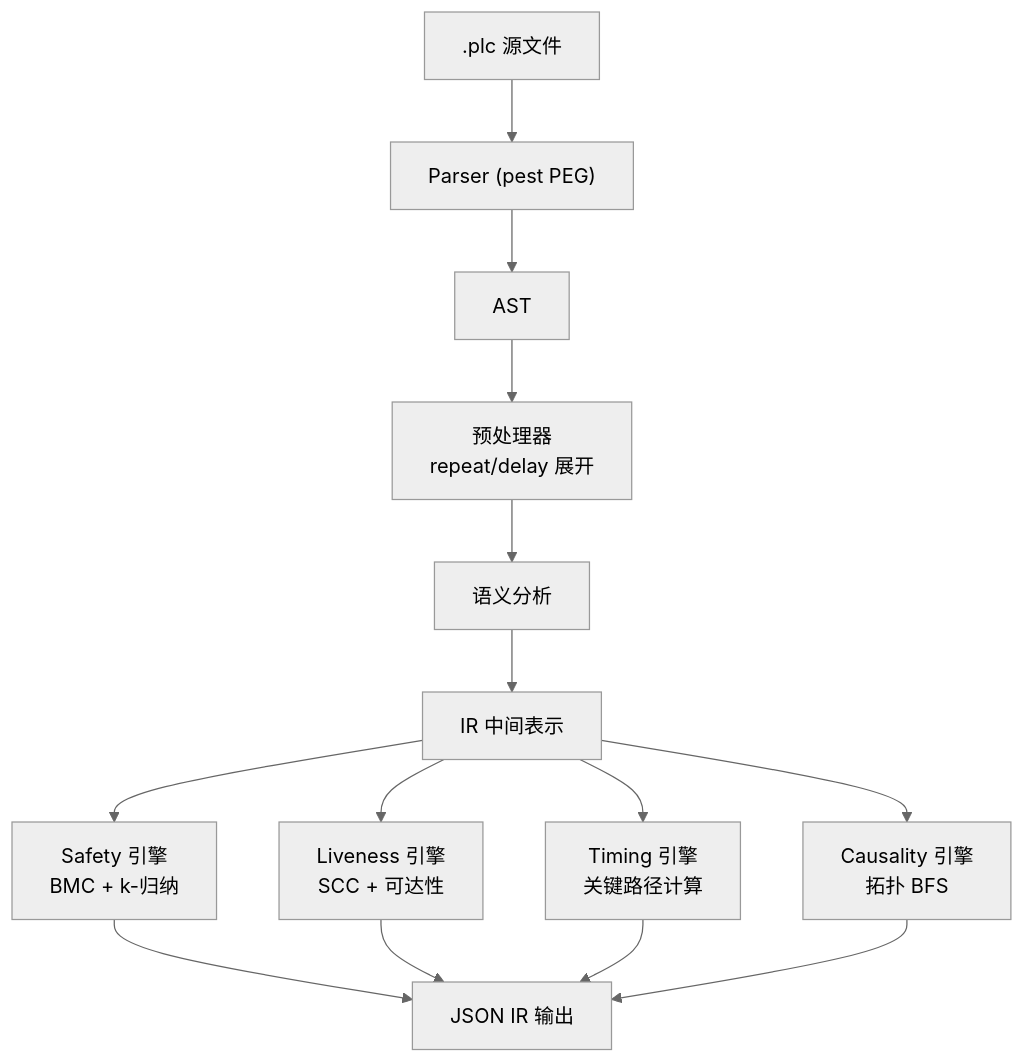
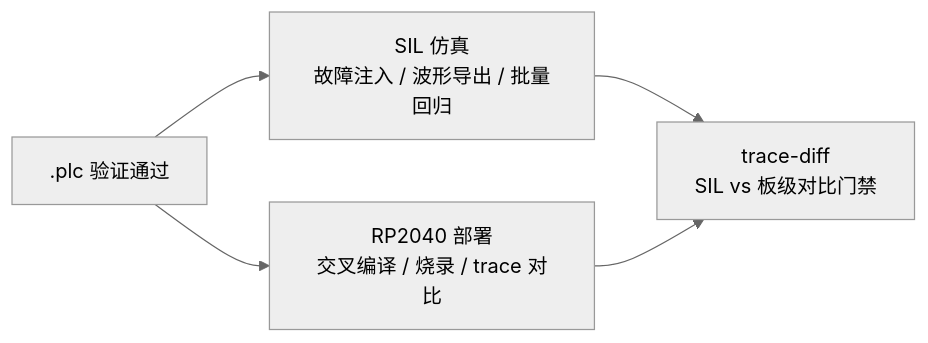
Before and after one commit to xxrust/RustPLC: the second of 2 diagrams in README.md, drawn with Mermaid (neutral theme). The commit also changed other lines of this file and 1 other file, not shown here.

````diff
--- a/README.md
+++ b/README.md
@@ -745,19 +108,7 @@
 ```mermaid
-flowchart TD
-    A[".plc 源文件"]
-    A --> B["Parser (pest PEG)"]
-    B --> C["AST"]
-    C --> D["预处理器<br>repeat/delay 展开"]
-    D --> E["语义分析"]
-    E --> F["IR 中间表示"]
-
-    F --> G["Safety 引擎<br>BMC + k-归纳"]
-    F --> H["Liveness 引擎<br>SCC + 可达性"]
-    F --> I["Timing 引擎<br>关键路径计算"]
-    F --> J["Causality 引擎<br>拓扑 BFS"]
-
-    G --> K["JSON IR 输出"]
-    H --> K
-    I --> K
-    J --> K
+flowchart LR
+    A[".plc 验证通过"] --> B["SIL 仿真<br>故障注入 / 波形导出 / 批量回归"]
+    A --> C["RP2040 部署<br>交叉编译 / 烧录 / trace 对比"]
+    B --> D["trace-diff<br>SIL vs 板级对比门禁"]
+    C --> D
 ```
````
